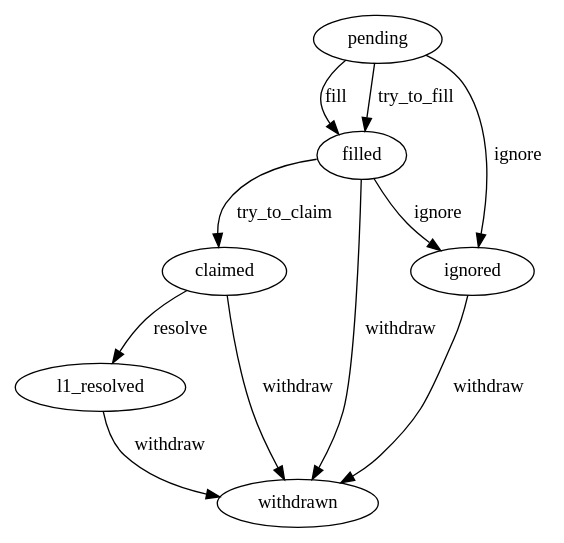
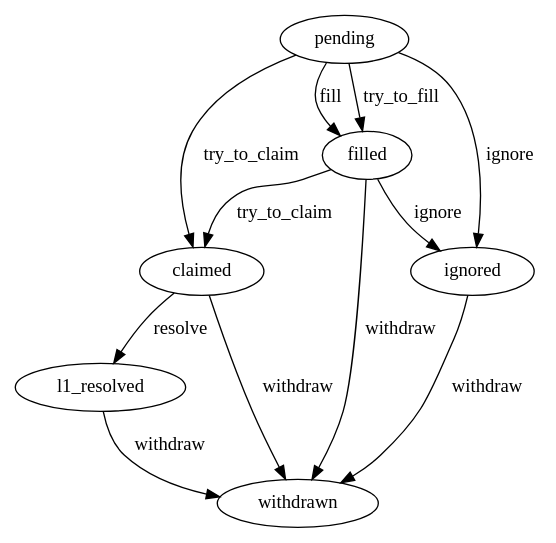
The diagram in docs/source/request_state_machine.dot (beamer-bridge/beamer), drawn with Graphviz before and after one commit.

Commit message:
docs: Update request state machine

```diff
--- a/docs/source/request_state_machine.dot
+++ b/docs/source/request_state_machine.dot
@@ -1,14 +1,20 @@
 digraph request_state_machine {
     node [] pending, filled, claimed, l1_resolved, withdrawn, ignored;
 
     pending -> filled [label = fill];
     pending -> filled [label = try_to_fill];
     pending -> ignored [label = ignore];
+    pending -> claimed [label = try_to_claim];
+
     filled -> claimed [label = try_to_claim];
+
     claimed -> withdrawn [label = withdraw];
     claimed -> l1_resolved [label = resolve];
+
     l1_resolved -> withdrawn [label = withdraw];
+
     filled -> withdrawn [label = withdraw];
     filled -> ignored [label = ignore];
+
     ignored -> withdrawn [label = withdraw];
 }
```
